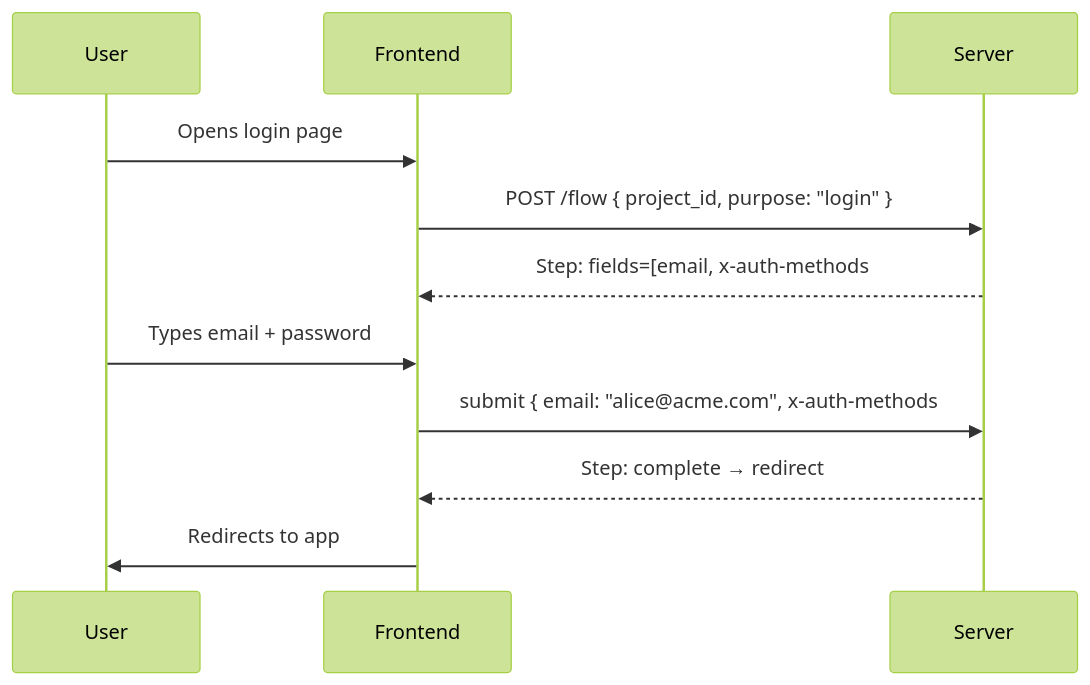
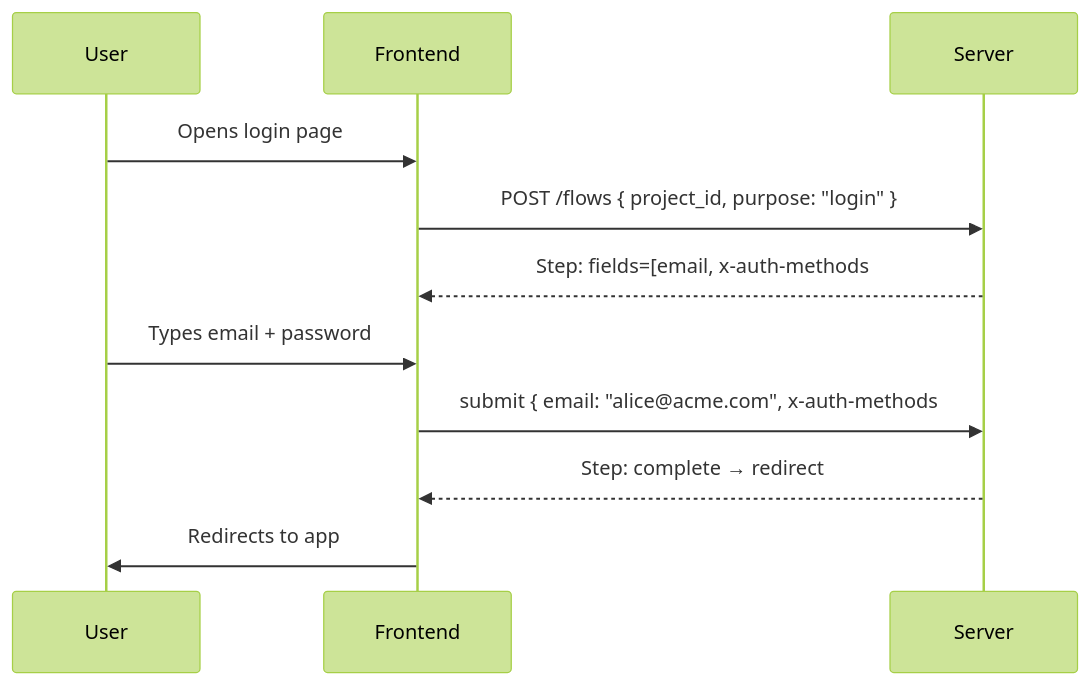
One commit to zitadel/nextgen changed the first of 8 diagrams in docs/design/flowengine/flow-engine-guide.md. Above: the diagram before and after it, drawn with Mermaid (forest theme). The commit also changed other lines of this file and 24 other files, not shown here.

First line of the commit message:
docs: name the flow operations' path /flows in the ADRs and design notes

````diff
--- a/docs/design/flowengine/flow-engine-guide.md
+++ b/docs/design/flowengine/flow-engine-guide.md
@@ -18,14 +18,14 @@
 ```mermaid
 sequenceDiagram
     participant User
     participant Frontend
     participant Server
 
     User->>Frontend: Opens login page
-    Frontend->>Server: POST /flow { project_id, purpose: "login" }
+    Frontend->>Server: POST /flows { project_id, purpose: "login" }
     Server-->>Frontend: Step: fields=[email, x-auth-methods#password]
     User->>Frontend: Types email + password
     Frontend->>Server: submit { email: "alice@acme.com", x-auth-methods#password: "..." }
     Server-->>Frontend: Step: complete → redirect
     Frontend->>User: Redirects to app
 ```
````
